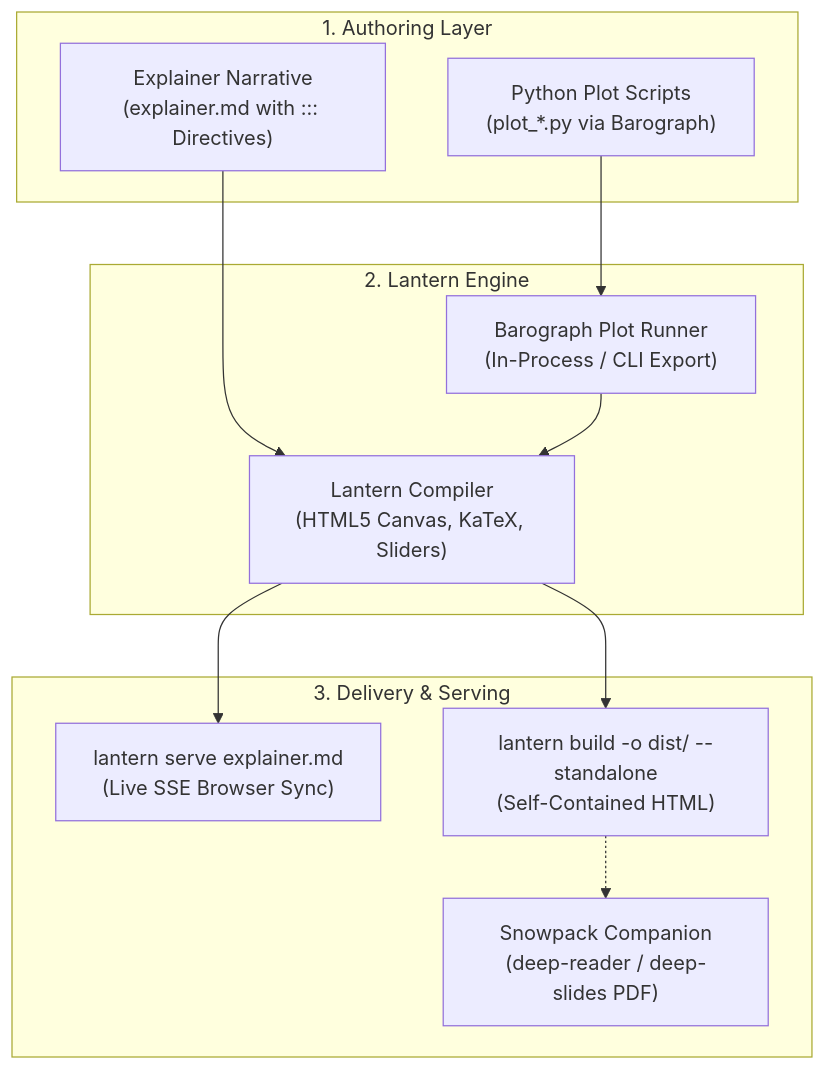
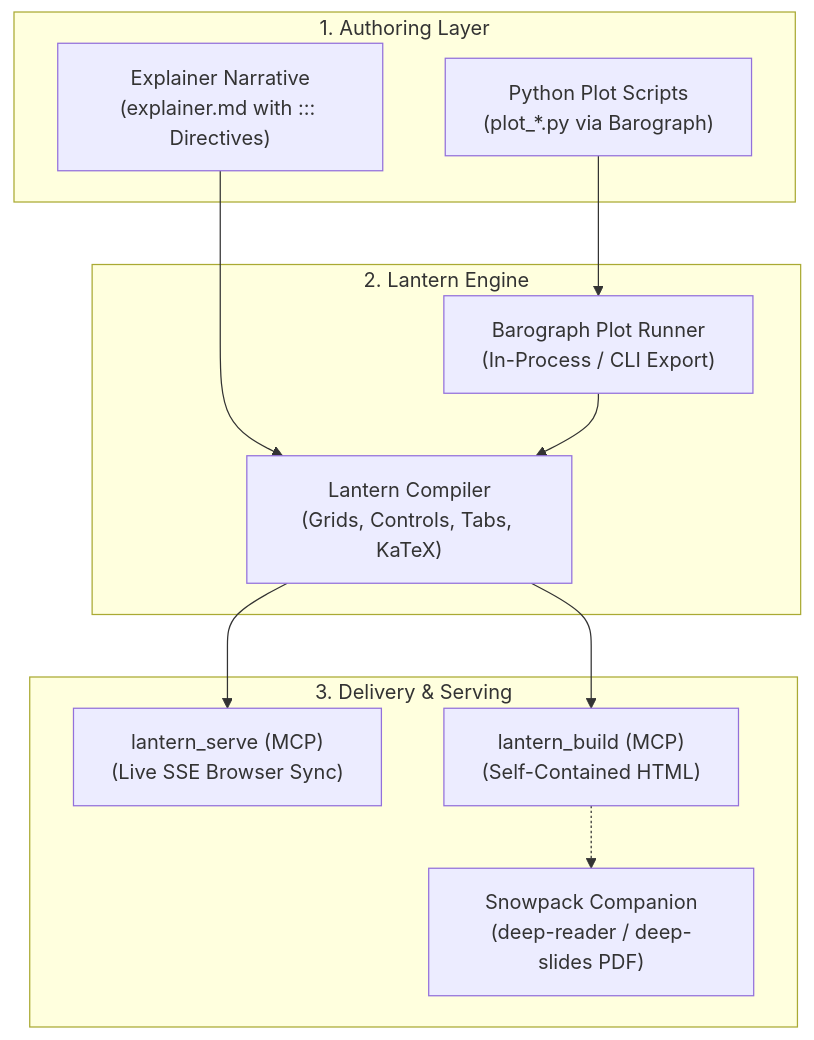
The diagram in home/configs/antigravity/skills/deep-interactive/SKILL.md (SpanishSyntax/Frost), drawn with Mermaid before and after one commit. The commit also changed other lines of this file, not shown here.

Commit message:
feat(skills): update deep-interactive with full Lantern layout and UI component kit

````diff
--- a/home/configs/antigravity/skills/deep-interactive/SKILL.md
+++ b/home/configs/antigravity/skills/deep-interactive/SKILL.md
@@ -31,25 +33,25 @@
 ```mermaid
 flowchart TD
     subgraph Authoring["1. Authoring Layer"]
         Plots["Python Plot Scripts<br/>(plot_*.py via Barograph)"]
         Doc["Explainer Narrative<br/>(explainer.md with ::: Directives)"]
     end
 
     subgraph Engine["2. Lantern Engine"]
-        Directives["Lantern Compiler<br/>(HTML5 Canvas, KaTeX, Sliders)"]
+        Directives["Lantern Compiler<br/>(Grids, Controls, Tabs, KaTeX)"]
         BaroExec["Barograph Plot Runner<br/>(In-Process / CLI Export)"]
     end
 
     subgraph Output["3. Delivery & Serving"]
-        Serve["lantern serve explainer.md<br/>(Live SSE Browser Sync)"]
-        Build["lantern build -o dist/ --standalone<br/>(Self-Contained HTML)"]
+        Serve["lantern_serve (MCP)<br/>(Live SSE Browser Sync)"]
+        Build["lantern_build (MCP)<br/>(Self-Contained HTML)"]
         Companion["Snowpack Companion<br/>(deep-reader / deep-slides PDF)"]
     end
 
     Plots --> BaroExec
     Doc --> Directives
     BaroExec --> Directives
     Directives --> Serve
     Directives --> Build
     Build -.-> Companion
 ```
````
